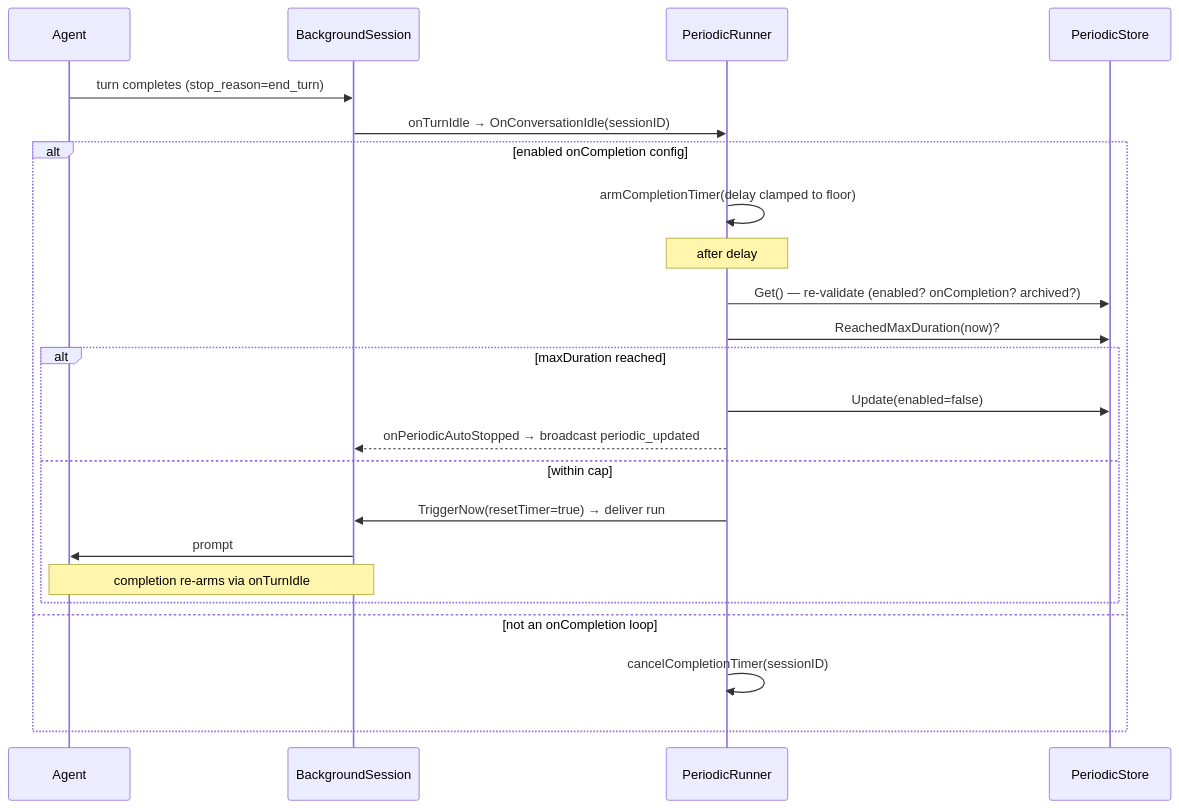
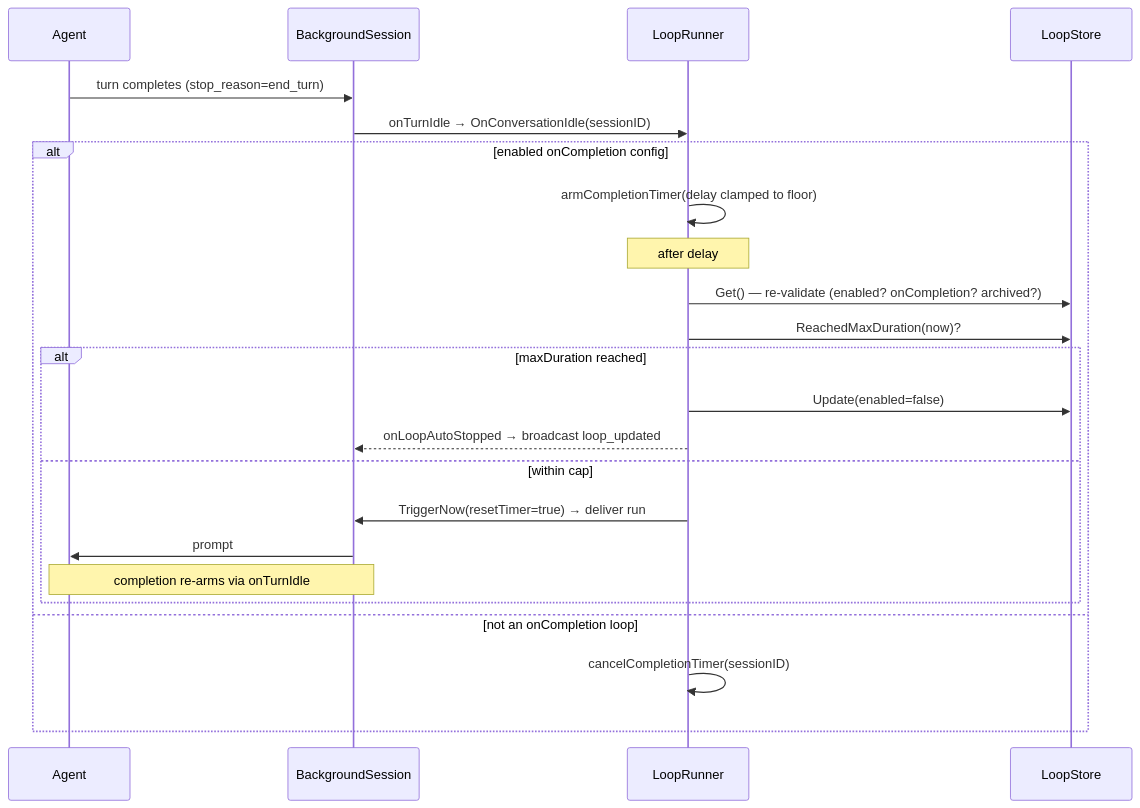
One commit to inercia/mitto changed the second of 5 diagrams in docs/devel/message-queue.md. Above: the diagram before and after it, drawn with Mermaid. The commit also changed other lines of this file and 354 other files, not shown here.

````diff
--- a/docs/devel/message-queue.md
+++ b/docs/devel/message-queue.md
@@ -143,26 +143,26 @@
 ```mermaid
 sequenceDiagram
     participant Agent
     participant BS as BackgroundSession
-    participant PR as PeriodicRunner
-    participant Store as PeriodicStore
+    participant PR as LoopRunner
+    participant Store as LoopStore
 
     Agent->>BS: turn completes (stop_reason=end_turn)
     BS->>PR: onTurnIdle → OnConversationIdle(sessionID)
     alt enabled onCompletion config
         PR->>PR: armCompletionTimer(delay clamped to floor)
         Note over PR: after delay
         PR->>Store: Get() — re-validate (enabled? onCompletion? archived?)
         PR->>Store: ReachedMaxDuration(now)?
         alt maxDuration reached
             PR->>Store: Update(enabled=false)
-            PR-->>BS: onPeriodicAutoStopped → broadcast periodic_updated
+            PR-->>BS: onLoopAutoStopped → broadcast loop_updated
         else within cap
             PR->>BS: TriggerNow(resetTimer=true) → deliver run
             BS->>Agent: prompt
             Note over BS,Agent: completion re-arms via onTurnIdle
         end
     else not an onCompletion loop
         PR->>PR: cancelCompletionTimer(sessionID)
     end
 ```
````
